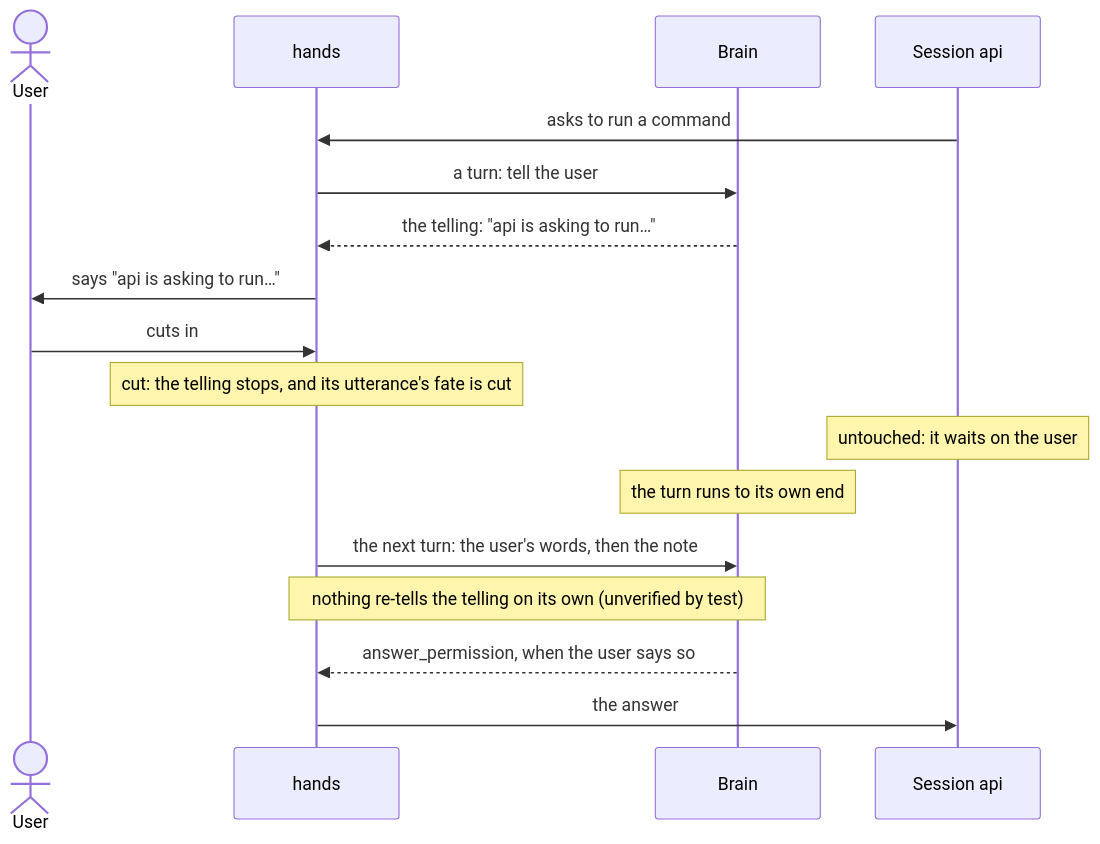
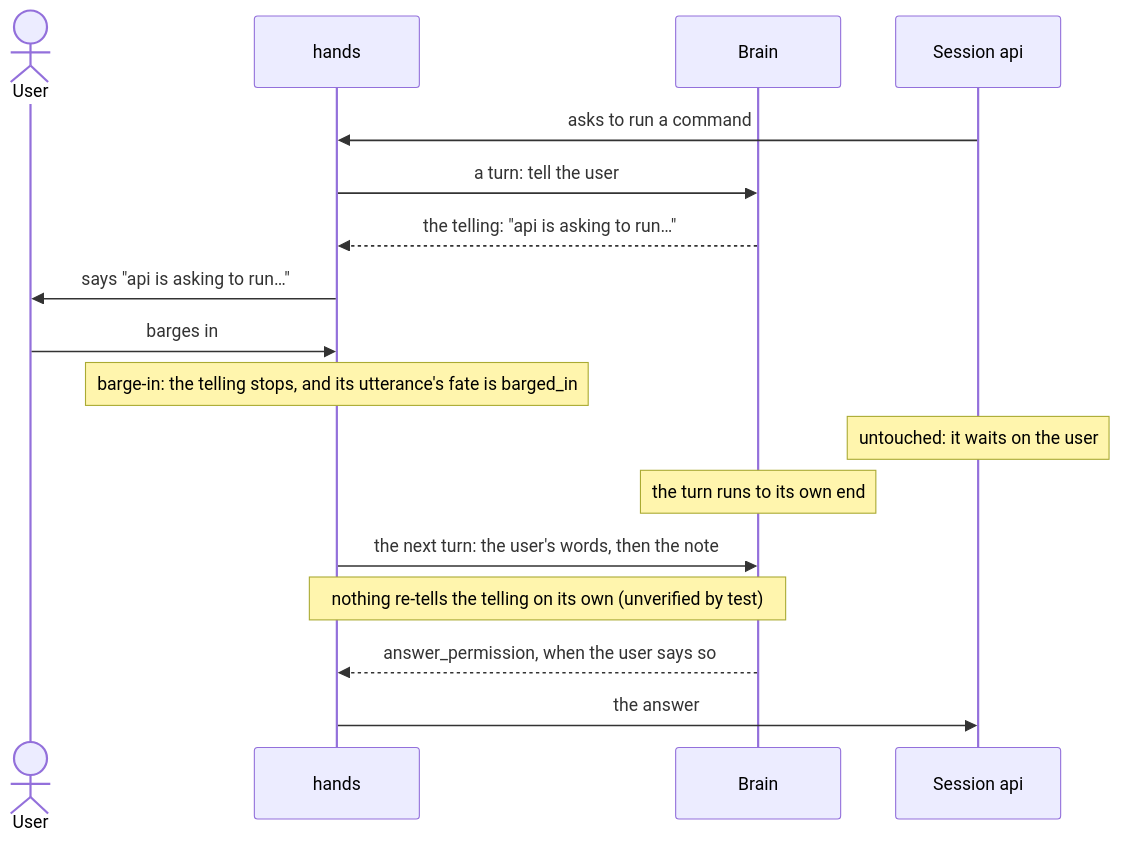
One commit to promptctl/cc-hands changed the sixth of 7 diagrams in docs/barge-in.md. Above: the diagram before and after it, drawn with Mermaid. The commit also changed other lines of this file and 32 other files, not shown here.

Commit message:
barge-in: the cut, CutOff, SpokenOver and cut_in are named barge-in, as VoiceXML names it (promptctl-vocabulary-5uk4.2g1)

````diff
--- a/docs/barge-in.md
+++ b/docs/barge-in.md
@@ -328,19 +327,19 @@
 ```mermaid
 sequenceDiagram
     actor U as User
     participant H as hands
     participant B as Brain
     participant S as Session api
     S->>H: asks to run a command
     H->>B: a turn: tell the user
     B-->>H: the telling: "api is asking to run…"
     H->>U: says "api is asking to run…"
-    U->>H: cuts in
-    Note over H: cut: the telling stops, and its utterance's fate is cut
+    U->>H: barges in
+    Note over H: barge-in: the telling stops, and its utterance's fate is barged_in
     Note over S: untouched: it waits on the user
     Note over B: the turn runs to its own end
     H->>B: the next turn: the user's words, then the note
     Note over H,B: nothing re-tells the telling on its own (unverified by test)
     B-->>H: answer_permission, when the user says so
     H->>S: the answer
 ```
````
